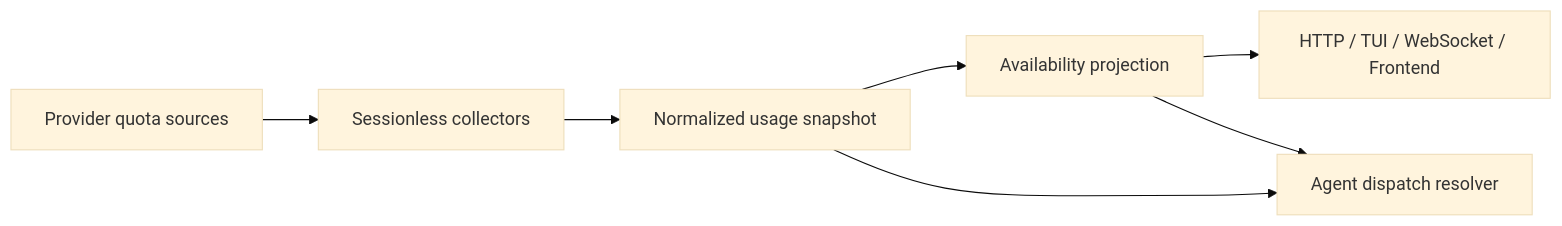
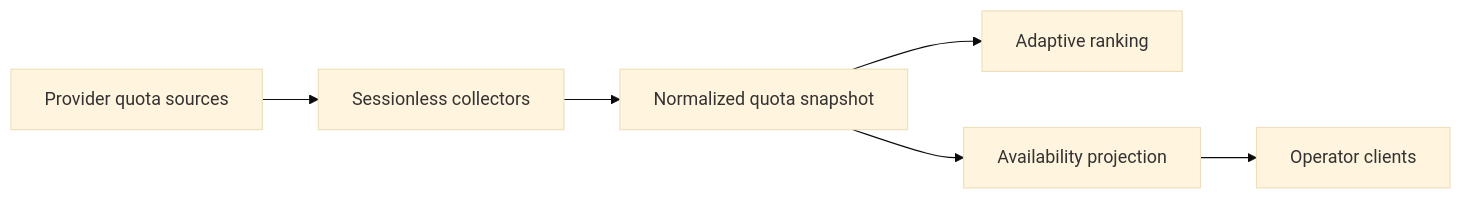
The second of 2 diagrams in docs/project/design/architecture/agent-dispatch.md (InstruktAI/TeleClaude), drawn with Mermaid (base theme) before and after one commit. The commit also changed other lines of this file and 3 other files, not shown here.

First line of the commit message:
docs(agent-routing): split deterministic and adaptive contract ownership

````diff
--- a/docs/project/design/architecture/agent-dispatch.md
+++ b/docs/project/design/architecture/agent-dispatch.md
@@ -143,14 +134,13 @@
 ```mermaid
 flowchart LR
     Providers[Provider quota sources]
     Collector[Sessionless collectors]
-    Snapshot[Normalized usage snapshot]
+    Snapshot[Normalized quota snapshot]
+    Ranking[Adaptive ranking]
     Availability[Availability projection]
-    Clients[HTTP / TUI / WebSocket / Frontend]
-    Resolver[Agent dispatch resolver]
+    Clients[Operator clients]
 
     Providers --> Collector --> Snapshot
+    Snapshot --> Ranking
     Snapshot --> Availability --> Clients
-    Snapshot --> Resolver
-    Availability --> Resolver
 ```
````
